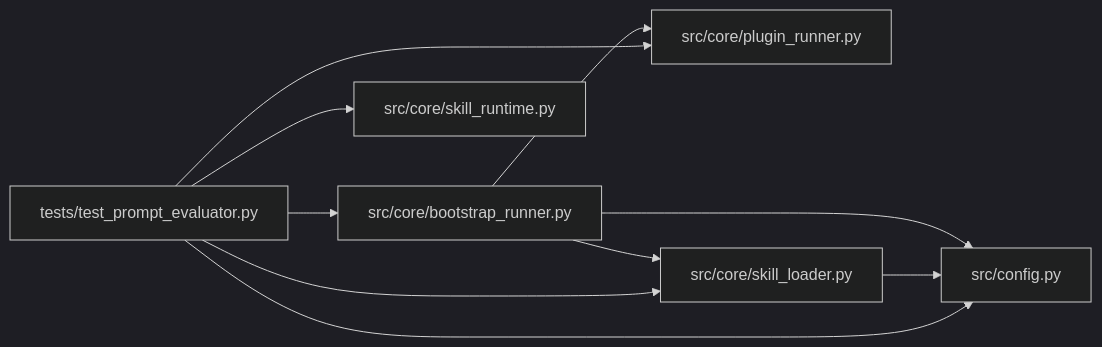
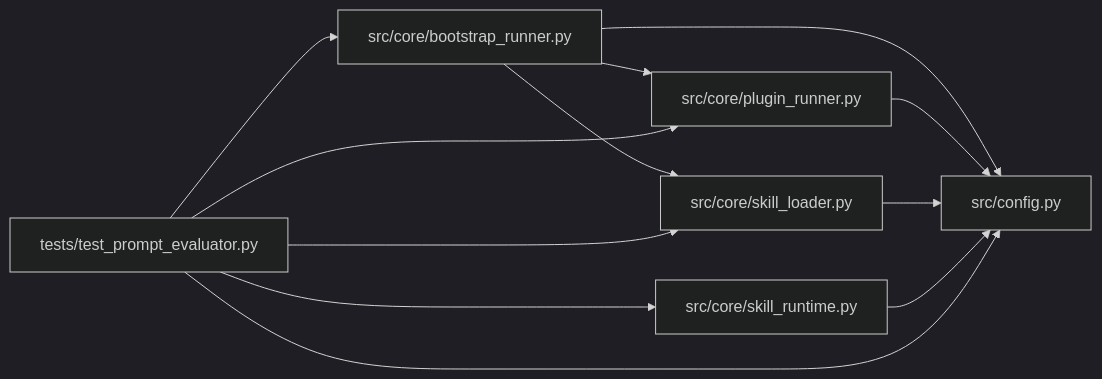
The diagram in docs/llm_wiki/modules/test_prompt_evaluator.md (Denissvgn/autoresearch-agent), drawn with Mermaid (dark theme) before and after one commit. The commit also changed 1033 other files, not shown here.

````diff
--- a/docs/llm_wiki/modules/test_prompt_evaluator.md
+++ b/docs/llm_wiki/modules/test_prompt_evaluator.md
@@ -32,24 +32,26 @@
 ```mermaid
 flowchart LR
     n0["src/config.py"]
     n1["src/core/bootstrap_runner.py"]
     n2["src/core/plugin_runner.py"]
     n3["src/core/skill_loader.py"]
     n4["src/core/skill_runtime.py"]
     n5["tests/test_prompt_evaluator.py"]
     n1 --> n0
     n1 --> n2
     n1 --> n3
+    n2 --> n0
     n3 --> n0
+    n4 --> n0
     n5 --> n0
     n5 --> n1
     n5 --> n2
     n5 --> n3
     n5 --> n4
     click n0 "../modules/config.md"
     click n1 "../modules/bootstrap_runner.md"
     click n2 "../modules/plugin_runner.md"
     click n3 "../modules/skill_loader.md"
     click n4 "../modules/skill_runtime.md"
     click n5 "../modules/test_prompt_evaluator.md"
 ```
````
